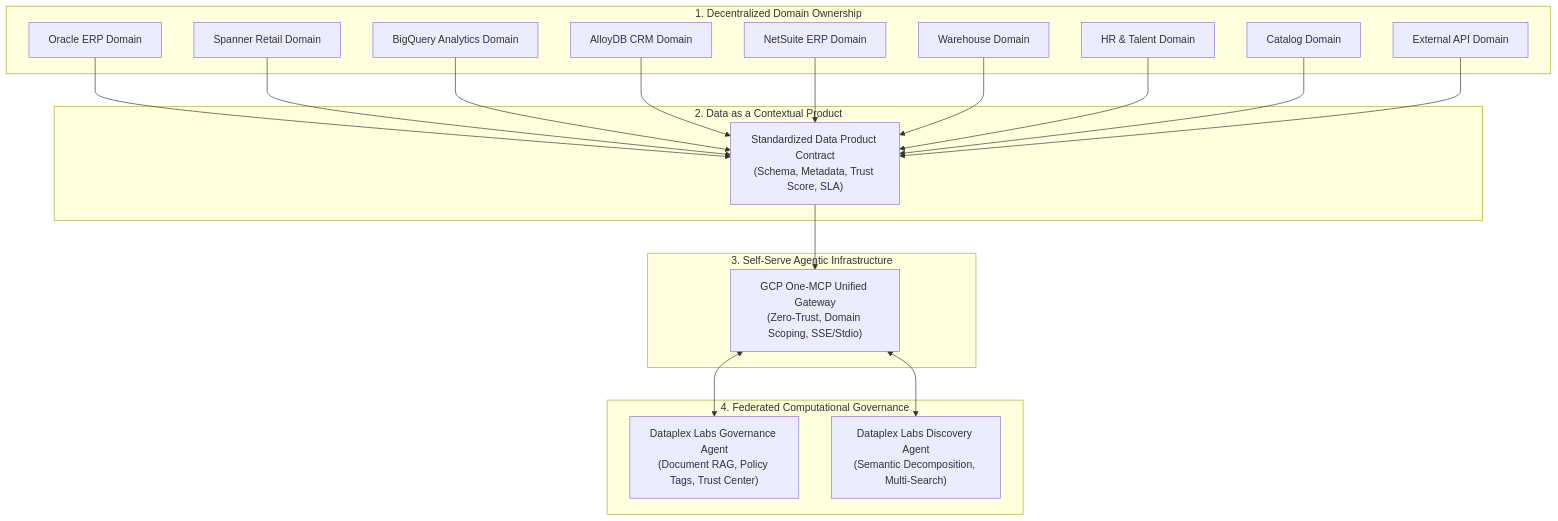
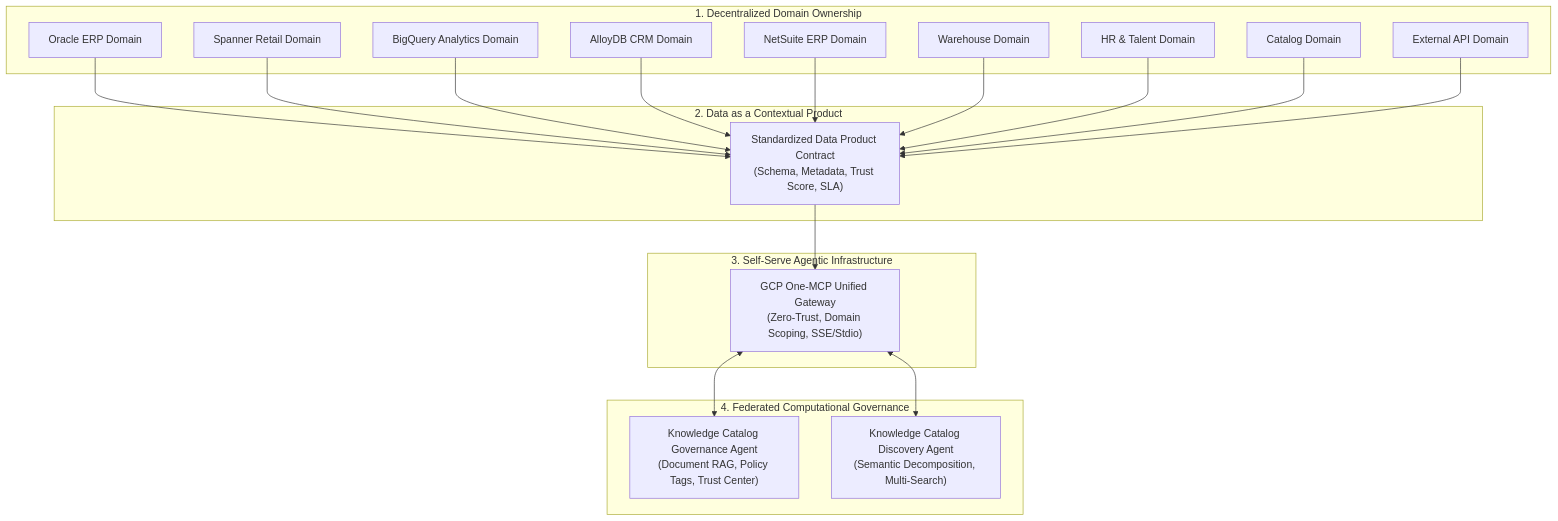
The diagram in docs/agentic_data_mesh_design.md (dumians/Gemini_CLI_MCP_AntiG), drawn with Mermaid before and after one commit. The commit also changed other lines of this file and 21 other files, not shown here.

Commit message:
refactor(catalog): rename Dataplex to Knowledge Catalog across UIX, MCP gateway, and documentation

````diff
--- a/docs/agentic_data_mesh_design.md
+++ b/docs/agentic_data_mesh_design.md
@@ -11,31 +11,31 @@
 ```mermaid
 graph TD
     subgraph "1. Decentralized Domain Ownership"
         D1["Oracle ERP Domain"]
         D2["Spanner Retail Domain"]
         D3["BigQuery Analytics Domain"]
         D4["AlloyDB CRM Domain"]
         D5["NetSuite ERP Domain"]
         D6["Warehouse Domain"]
         D7["HR & Talent Domain"]
         D8["Catalog Domain"]
         D9["External API Domain"]
     end
 
     subgraph "2. Data as a Contextual Product"
         Contracts["Standardized Data Product Contract<br/>(Schema, Metadata, Trust Score, SLA)"]
     end
 
     subgraph "3. Self-Serve Agentic Infrastructure"
         OneMCP["GCP One-MCP Unified Gateway<br/>(Zero-Trust, Domain Scoping, SSE/Stdio)"]
     end
 
     subgraph "4. Federated Computational Governance"
-        Gov["Dataplex Labs Governance Agent<br/>(Document RAG, Policy Tags, Trust Center)"]
-        Disc["Dataplex Labs Discovery Agent<br/>(Semantic Decomposition, Multi-Search)"]
+        Gov["Knowledge Catalog Governance Agent<br/>(Document RAG, Policy Tags, Trust Center)"]
+        Disc["Knowledge Catalog Discovery Agent<br/>(Semantic Decomposition, Multi-Search)"]
     end
 
     D1 & D2 & D3 & D4 & D5 & D6 & D7 & D8 & D9 --> Contracts
     Contracts --> OneMCP
     OneMCP <--> Gov & Disc
 ```
````
